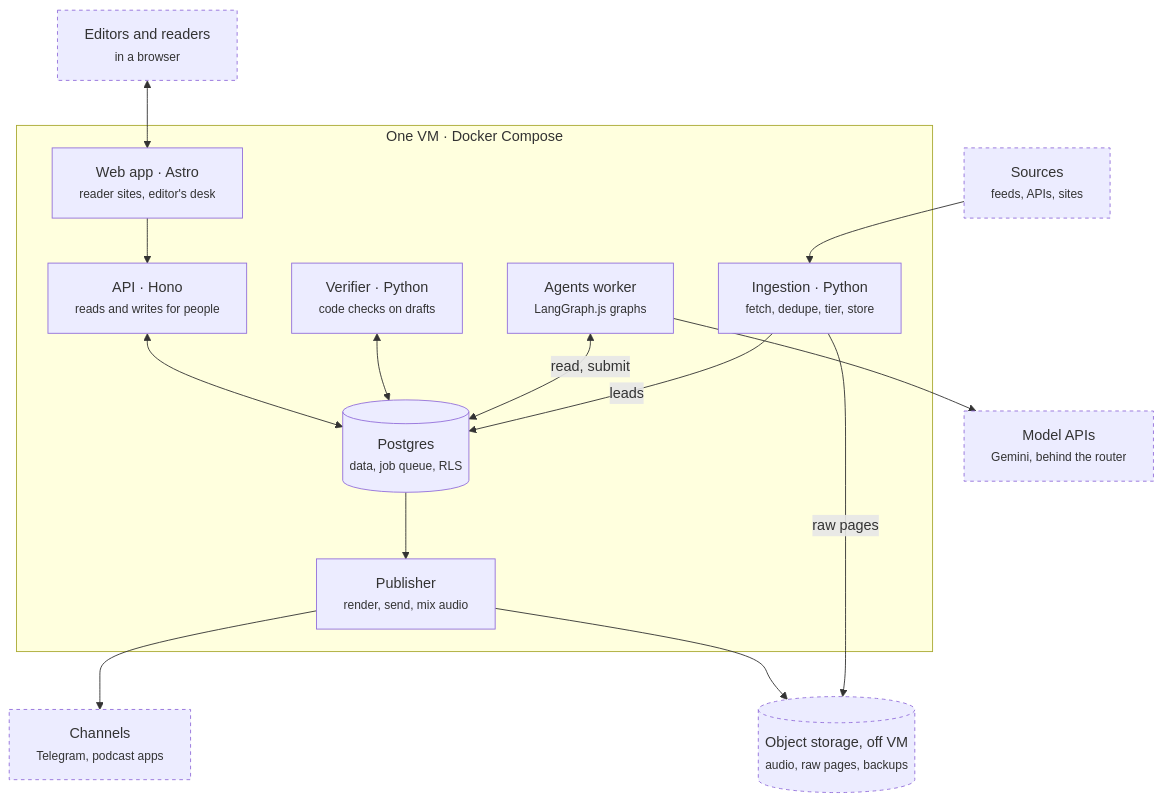
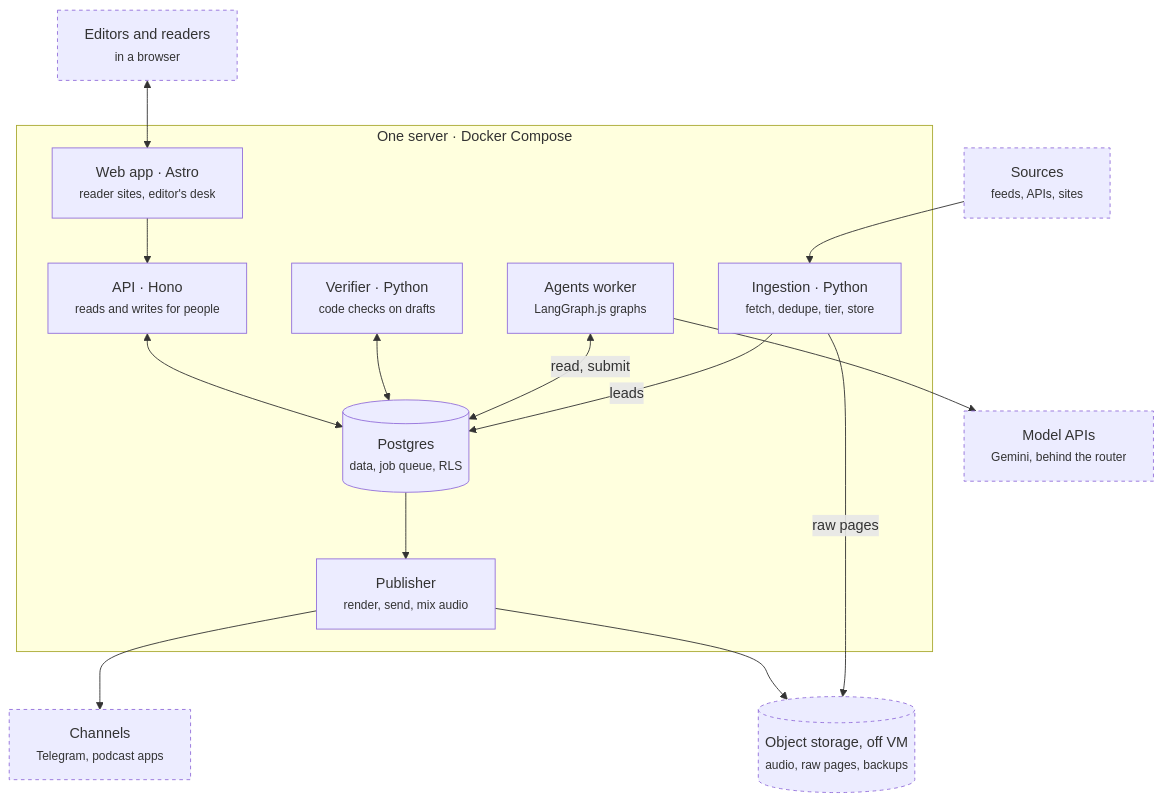
One commit to mehrad77/AgenticNewsRoom changed the first of 3 diagrams in docs/technical-design.md. Above: the diagram before and after it, drawn with Mermaid. The commit also changed other lines of this file and 9 other files, not shown here.

````diff
--- a/docs/technical-design.md
+++ b/docs/technical-design.md
@@ -33,30 +33,30 @@
 ```mermaid
 flowchart TB
   SRC["Sources<br/><small>feeds, APIs, sites</small>"]:::ext
   MOD["Model APIs<br/><small>Gemini, behind the router</small>"]:::ext
-  subgraph VM["One VM · Docker Compose"]
+  subgraph VM["One server · Docker Compose"]
     ING["Ingestion · Python<br/><small>fetch, dedupe, tier, store</small>"]
     AG["Agents worker<br/><small>LangGraph.js graphs</small>"]
     VER["Verifier · Python<br/><small>code checks on drafts</small>"]
     PG[("Postgres<br/><small>data, job queue, RLS</small>")]
     PUB["Publisher<br/><small>render, send, mix audio</small>"]
     WEB["Web app · Astro<br/><small>reader sites, editor's desk</small>"]
     API["API · Hono<br/><small>reads and writes for people</small>"]
   end
   R2[("Object storage, off VM<br/><small>audio, raw pages, backups</small>")]:::ext
   PEOPLE["Editors and readers<br/><small>in a browser</small>"]:::ext
   CH["Channels<br/><small>Telegram, podcast apps</small>"]:::ext
   SRC --> ING
   ING -- raw pages --> R2
   ING -- leads --> PG
   AG <-- "read, submit" --> PG
   AG --> MOD
   VER <--> PG
   PG --> PUB
   PUB --> CH
   PUB --> R2
   API <--> PG
   WEB --> API
   PEOPLE <--> WEB
   classDef ext stroke-dasharray: 4 4
 ```
````
